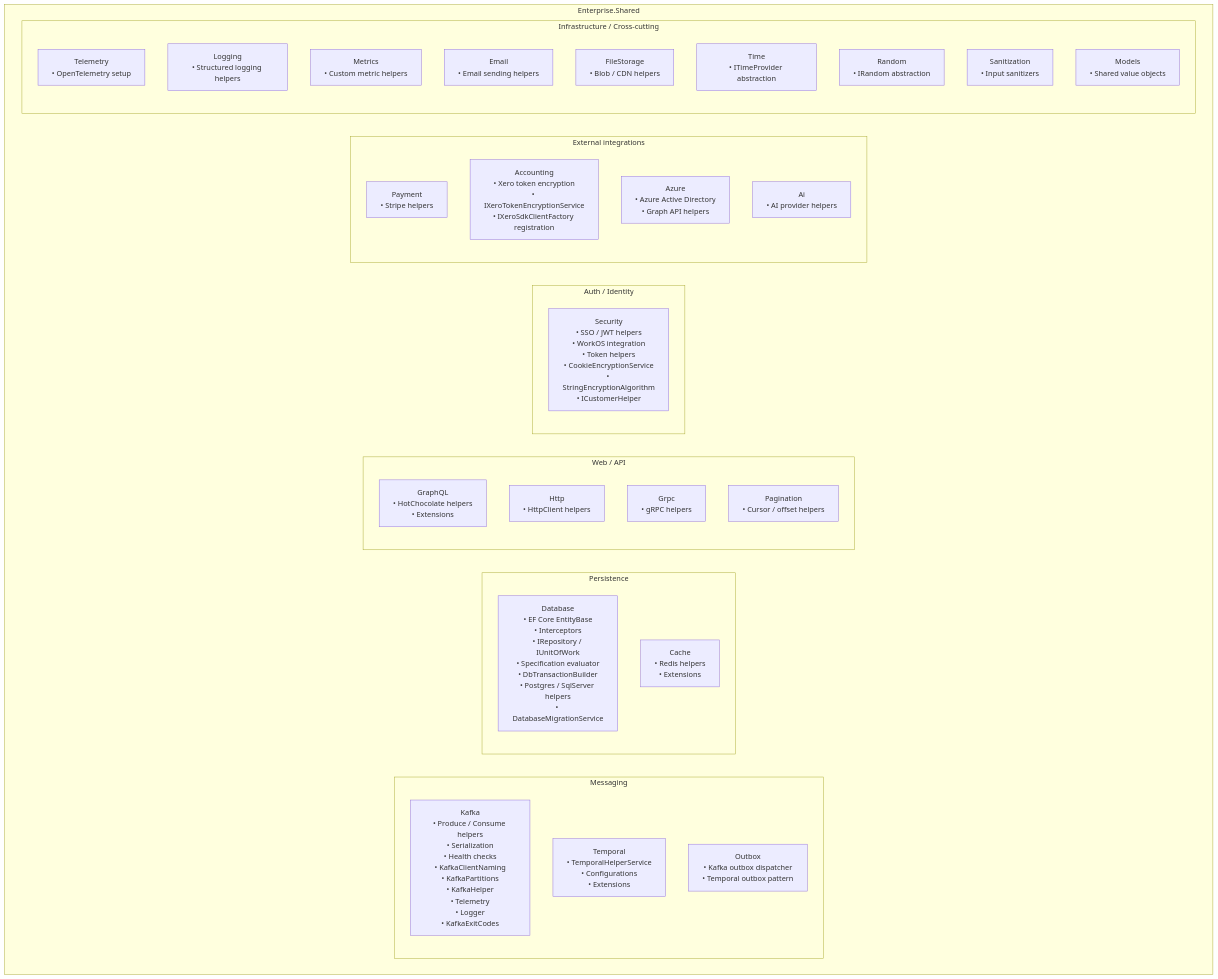
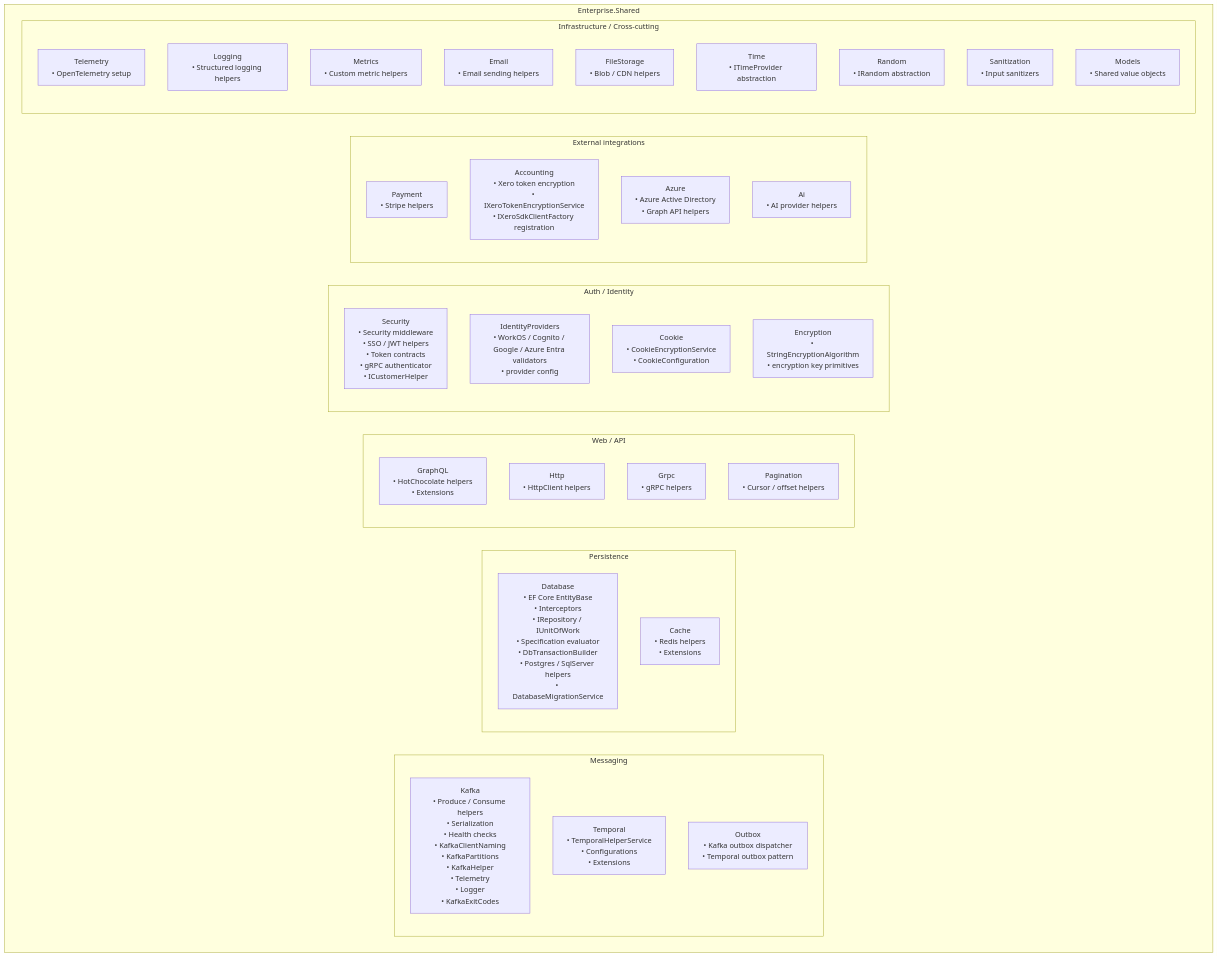
One commit to skedular/skedular changed the second of 6 diagrams in shared/docs/architecture/shared-libraries-architecture.md. Above: the diagram before and after it, drawn with Mermaid. The commit also changed other lines of this file and 25 other files, not shown here.

````diff
--- a/shared/docs/architecture/shared-libraries-architecture.md
+++ b/shared/docs/architecture/shared-libraries-architecture.md
@@ -82,45 +82,48 @@
 ```mermaid
 flowchart TB
     subgraph ES["Enterprise.Shared"]
         subgraph Messaging["Messaging"]
             K["Kafka\n• Produce / Consume helpers\n• Serialization\n• Health checks\n• KafkaClientNaming\n• KafkaPartitions\n• KafkaHelper\n• Telemetry\n• Logger\n• KafkaExitCodes"]
             T["Temporal\n• TemporalHelperService\n• Configurations\n• Extensions"]
             Out["Outbox\n• Kafka outbox dispatcher\n• Temporal outbox pattern"]
         end
 
         subgraph Persistence["Persistence"]
             DB["Database\n• EF Core EntityBase\n• Interceptors\n• IRepository / IUnitOfWork\n• Specification evaluator\n• DbTransactionBuilder\n• Postgres / SqlServer helpers\n• DatabaseMigrationService"]
             Cache["Cache\n• Redis helpers\n• Extensions"]
         end
 
         subgraph Web["Web / API"]
             GQL["GraphQL\n• HotChocolate helpers\n• Extensions"]
             HTTP["Http\n• HttpClient helpers"]
             GRPC["Grpc\n• gRPC helpers"]
             Pag["Pagination\n• Cursor / offset helpers"]
         end
 
         subgraph Auth["Auth / Identity"]
-            Sec["Security\n• SSO / JWT helpers\n• WorkOS integration\n• Token helpers\n• CookieEncryptionService\n• StringEncryptionAlgorithm\n• ICustomerHelper"]
+            Sec["Security\n• Security middleware\n• SSO / JWT helpers\n• Token contracts\n• gRPC authenticator\n• ICustomerHelper"]
+            Idp["IdentityProviders\n• WorkOS / Cognito / Google / Azure Entra validators\n• provider config"]
+            Ck["Cookie\n• CookieEncryptionService\n• CookieConfiguration"]
+            Enc["Encryption\n• StringEncryptionAlgorithm\n• encryption key primitives"]
         end
 
         subgraph Integrations["External integrations"]
             Pay["Payment\n• Stripe helpers"]
             Acc["Accounting\n• Xero token encryption\n• IXeroTokenEncryptionService\n• IXeroSdkClientFactory registration"]
             Az["Azure\n• Azure Active Directory\n• Graph API helpers"]
             AI["Ai\n• AI provider helpers"]
         end
 
         subgraph Infra["Infrastructure / Cross-cutting"]
             Tel["Telemetry\n• OpenTelemetry setup"]
             Log["Logging\n• Structured logging helpers"]
             Met["Metrics\n• Custom metric helpers"]
             Email["Email\n• Email sending helpers"]
             FS["FileStorage\n• Blob / CDN helpers"]
             Time["Time\n• ITimeProvider abstraction"]
             Rnd["Random\n• IRandom abstraction"]
             San["Sanitization\n• Input sanitizers"]
             Mdl["Models\n• Shared value objects"]
         end
     end
 ```
````
